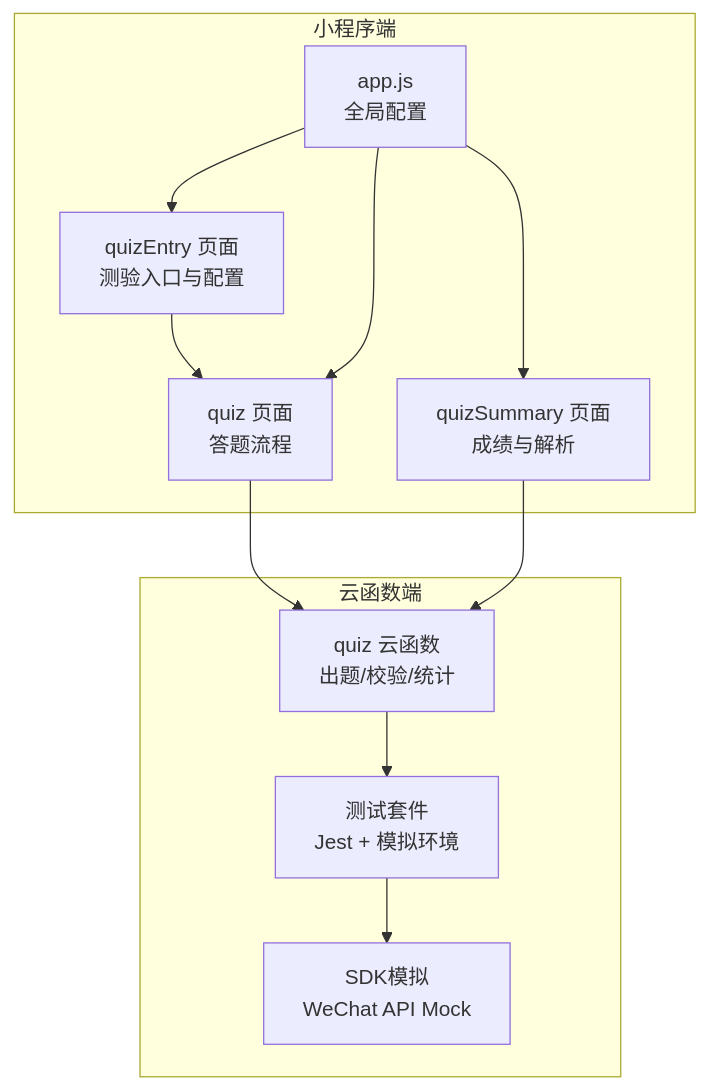
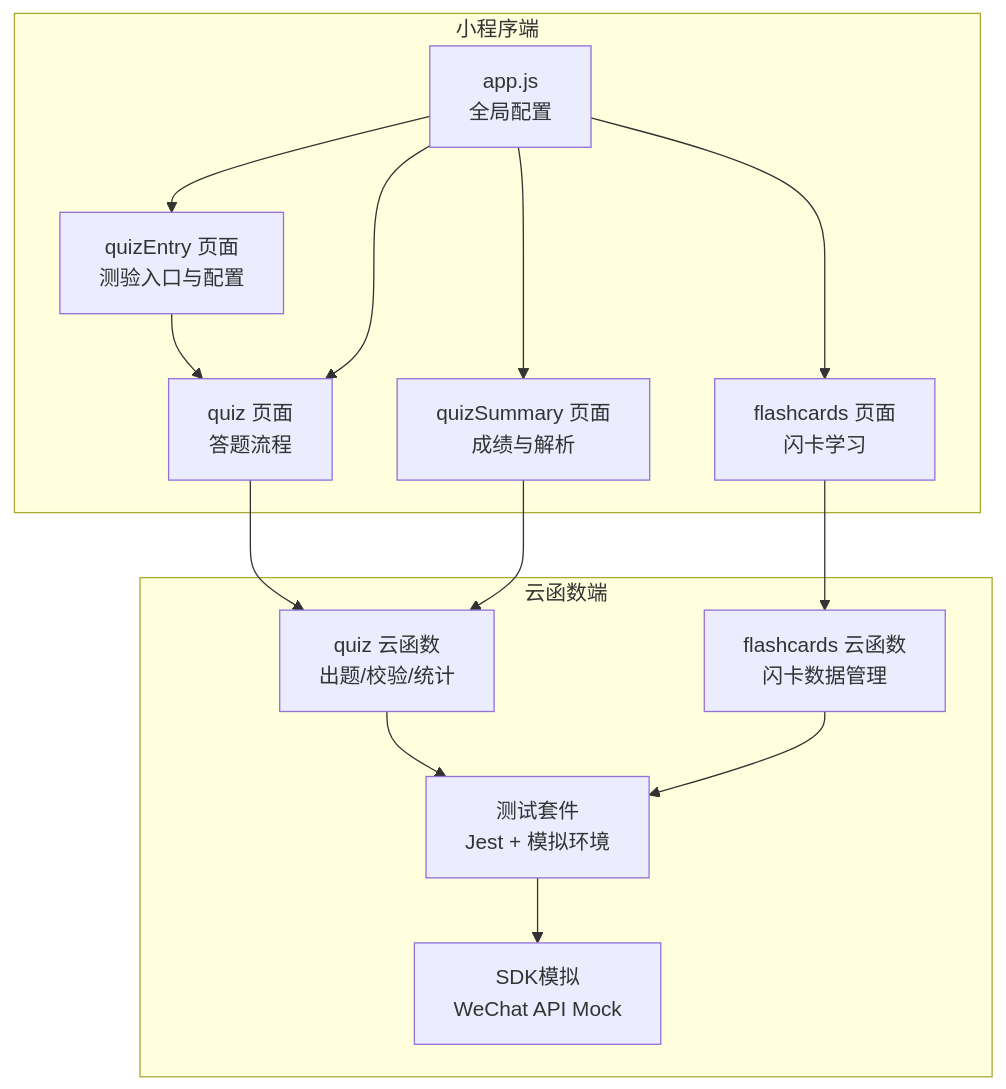
The first of 19 diagrams in .qoder/repowiki/zh/content/核心功能模块/测验系统/测验系统.md (cwb7756/bio), drawn with Mermaid before and after one commit. The commit also changed other lines of this file and 14 other files, not shown here.

First line of the commit message:
feat(knowledgeMap): 增强知识图谱功能，新增种子数据生成器

````diff
--- a/.qoder/repowiki/zh/content/核心功能模块/测验系统/测验系统.md
+++ b/.qoder/repowiki/zh/content/核心功能模块/测验系统/测验系统.md
@@ -51,22 +58,27 @@
 ```mermaid
 graph TB
 subgraph "小程序端"
 QE["quizEntry 页面<br/>测验入口与配置"]
 Q["quiz 页面<br/>答题流程"]
 QS["quizSummary 页面<br/>成绩与解析"]
+FC["flashcards 页面<br/>闪卡学习"]
 APP["app.js<br/>全局配置"]
 end
 subgraph "云函数端"
 QF["quiz 云函数<br/>出题/校验/统计"]
+FF["flashcards 云函数<br/>闪卡数据管理"]
 TESTS["测试套件<br/>Jest + 模拟环境"]
 MOCKS["SDK模拟<br/>WeChat API Mock"]
 end
 QE --> Q
 Q --> QF
 QS --> QF
+FC --> FF
 APP --> QE
 APP --> Q
 APP --> QS
+APP --> FC
 QF --> TESTS
+FF --> TESTS
 TESTS --> MOCKS
 ```
````
